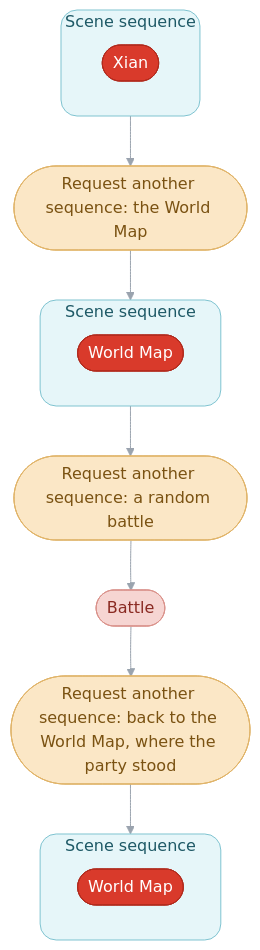
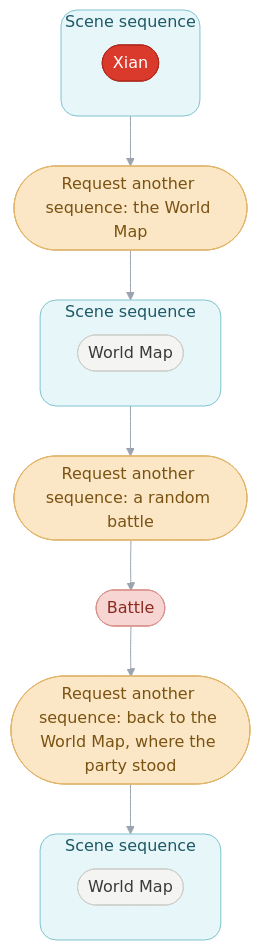
One commit to PascalPixel/alchemy changed the fourth of 8 diagrams in games/tbs/README.md. Above: the diagram before and after it, drawn with Mermaid. The commit also changed other lines of this file, not shown here.

Commit message:
☀️ Front page: red is Xian's alone; the World Map boxes are plain

````diff
--- a/games/tbs/README.md
+++ b/games/tbs/README.md
@@ -116,31 +116,32 @@
 ```mermaid
 %%{init: {"theme": "base", "themeVariables": {"lineColor": "#9AA3AE", "edgeLabelBackground": "#FFFFFF"}, "flowchart": {"curve": "basis", "padding": 12}}}%%
 flowchart TD
   subgraph s1 ["Scene sequence"]
     xian(["Xian"])
   end
   s1 --> ask1(["Request another sequence: the World Map"])
   ask1 --> s2
   subgraph s2 ["Scene sequence"]
     world(["World Map"])
   end
   s2 --> ask2(["Request another sequence: a random battle"])
   ask2 --> battle(["Battle"]) --> ask3(["Request another sequence: back to the World Map, where the party stood"])
   ask3 --> s3
   subgraph s3 ["Scene sequence"]
     again(["World Map"])
   end
   classDef sequenceManager fill:#DDE3EC,stroke:#8FA0B8,color:#2E3C50
   classDef sceneSequence fill:#D2EEF3,stroke:#7FC3D0,color:#1E5966
   classDef battle fill:#F6D5D2,stroke:#D9928B,color:#8A2A22
   classDef sceneManager fill:#D3EBD9,stroke:#8DC49E,color:#25603A
   classDef request fill:#FBE7C6,stroke:#E0B46A,color:#7A5212
   classDef place fill:#D93A2B,stroke:#B02A1D,color:#FFFFFF
   classDef step fill:#F4F4F2,stroke:#CFCFCB,color:#3A3A38
-  class xian,world,again place
+  class xian place
+  class world,again step
   class ask1,ask2,ask3 request
   class battle battle
   style s1 fill:#E6F6F9,stroke:#7FC3D0,color:#1E5966,rx:16,ry:16
   style s2 fill:#E6F6F9,stroke:#7FC3D0,color:#1E5966,rx:16,ry:16
   style s3 fill:#E6F6F9,stroke:#7FC3D0,color:#1E5966,rx:16,ry:16
 ```
````
